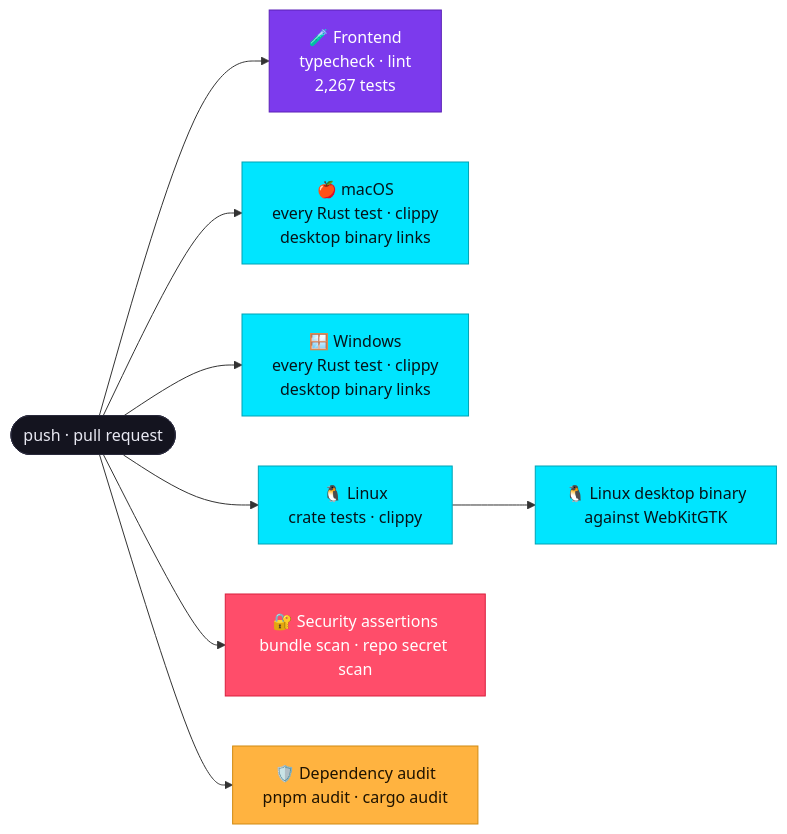
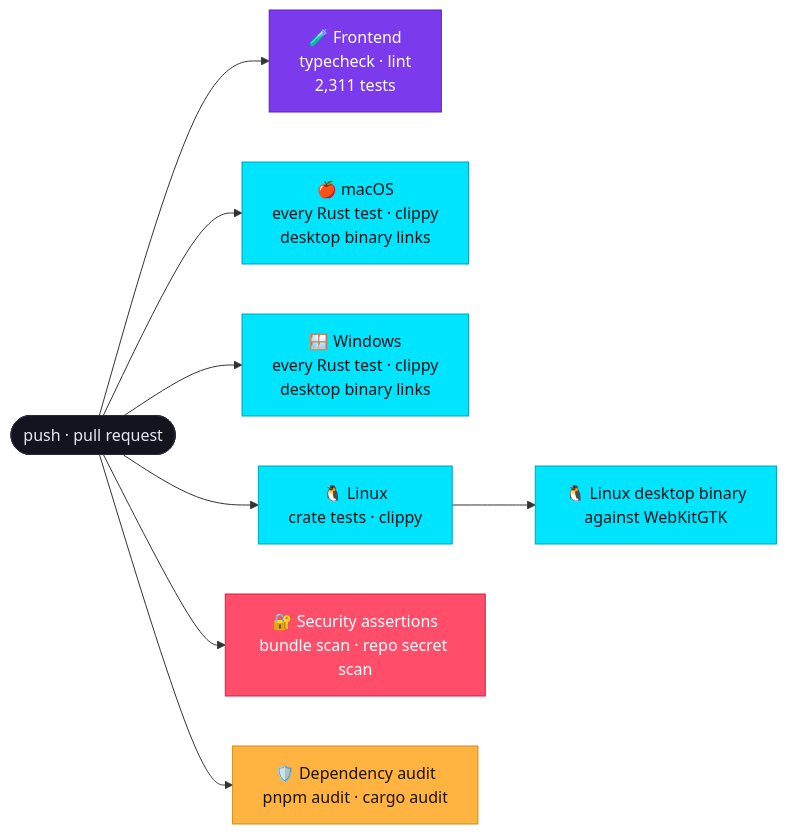
Before and after one commit to kartikeyajay2006/jky-terminal: the diagram in README.md, drawn with Mermaid. The commit also changed other lines of this file and 5 other files, not shown here.

````diff
--- a/README.md
+++ b/README.md
@@ -456,16 +456,16 @@
 ```mermaid
 flowchart LR
     P([push · pull request]):::ink --> FE & MAC & WIN & LIN & SEC & AUD
-    FE["🧪 Frontend<br/>typecheck · lint<br/>2,267 tests"]:::violet
+    FE["🧪 Frontend<br/>typecheck · lint<br/>2,311 tests"]:::violet
     MAC["🍎 macOS<br/>every Rust test · clippy<br/>desktop binary links"]:::cyan
     WIN["🪟 Windows<br/>every Rust test · clippy<br/>desktop binary links"]:::cyan
     LIN["🐧 Linux<br/>crate tests · clippy"]:::cyan --> LDB["🐧 Linux desktop binary<br/>against WebKitGTK"]:::cyan
     SEC["🔐 Security assertions<br/>bundle scan · repo secret scan"]:::red
     AUD["🛡️ Dependency audit<br/>pnpm audit · cargo audit"]:::amber
 
     classDef ink fill:#14141f,stroke:#2a2a3c,color:#e8e8f2
     classDef cyan fill:#00e5ff,stroke:#00a3b5,color:#06141a
     classDef amber fill:#ffb340,stroke:#d18a12,color:#1f1300
     classDef violet fill:#7c3aed,stroke:#5b21b6,color:#ffffff
     classDef red fill:#ff4d6a,stroke:#d91f3d,color:#ffffff
 ```
````
